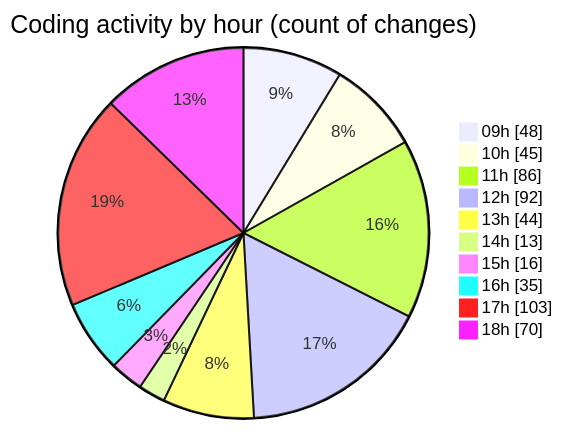
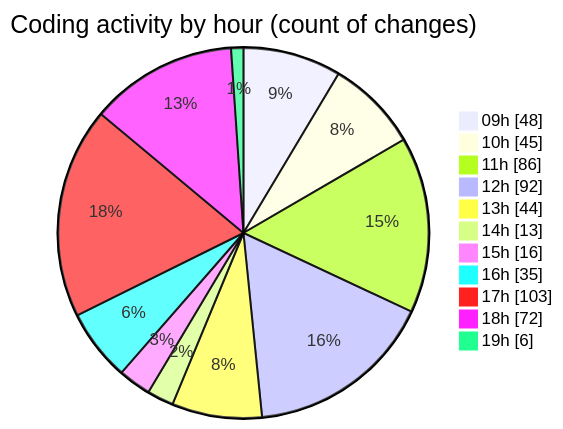
One commit to momahboobian/code-tracking changed the second of 2 diagrams in 2025-03-14/cda/README.md. Above: the diagram before and after it, drawn with Mermaid. The commit also changed other lines of this file and 1 other file, not shown here.

````diff
--- a/2025-03-14/cda/README.md
+++ b/2025-03-14/cda/README.md
@@ -52,14 +52,15 @@
 ```mermaid
 pie showData
 title Coding activity by hour (count of changes)
 "09h" : 48
 "10h" : 45
 "11h" : 86
 "12h" : 92
 "13h" : 44
 "14h" : 13
 "15h" : 16
 "16h" : 35
 "17h" : 103
-"18h" : 70
+"18h" : 72
+"19h" : 6
 ```
````
